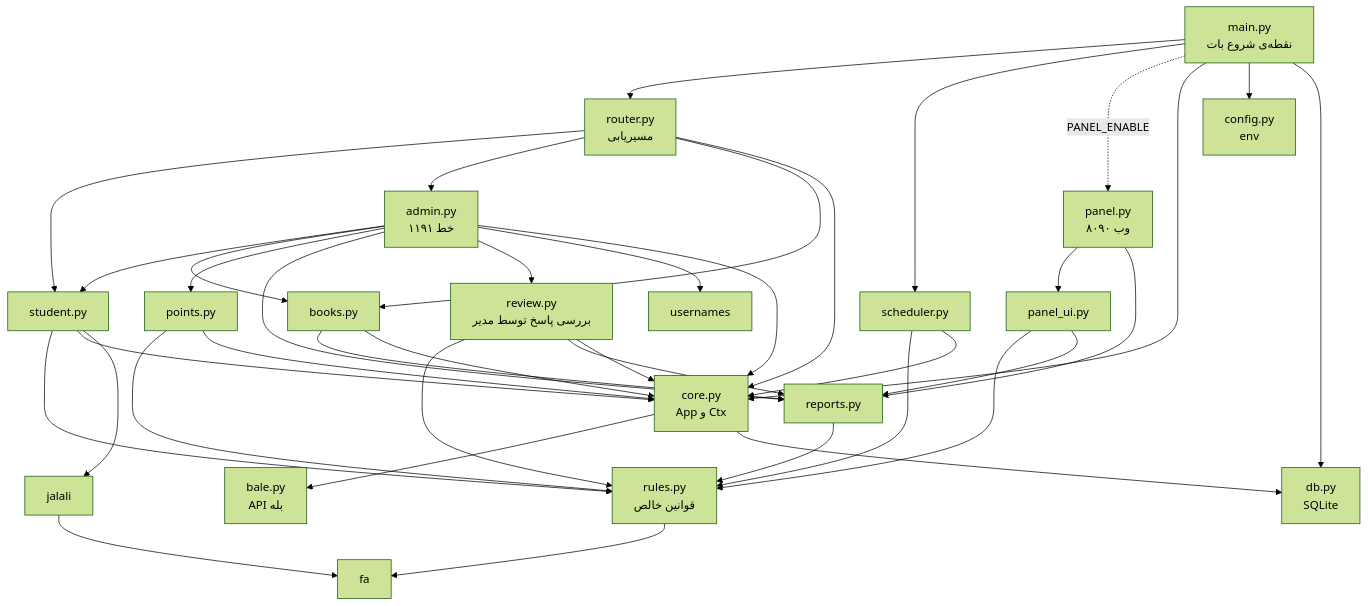
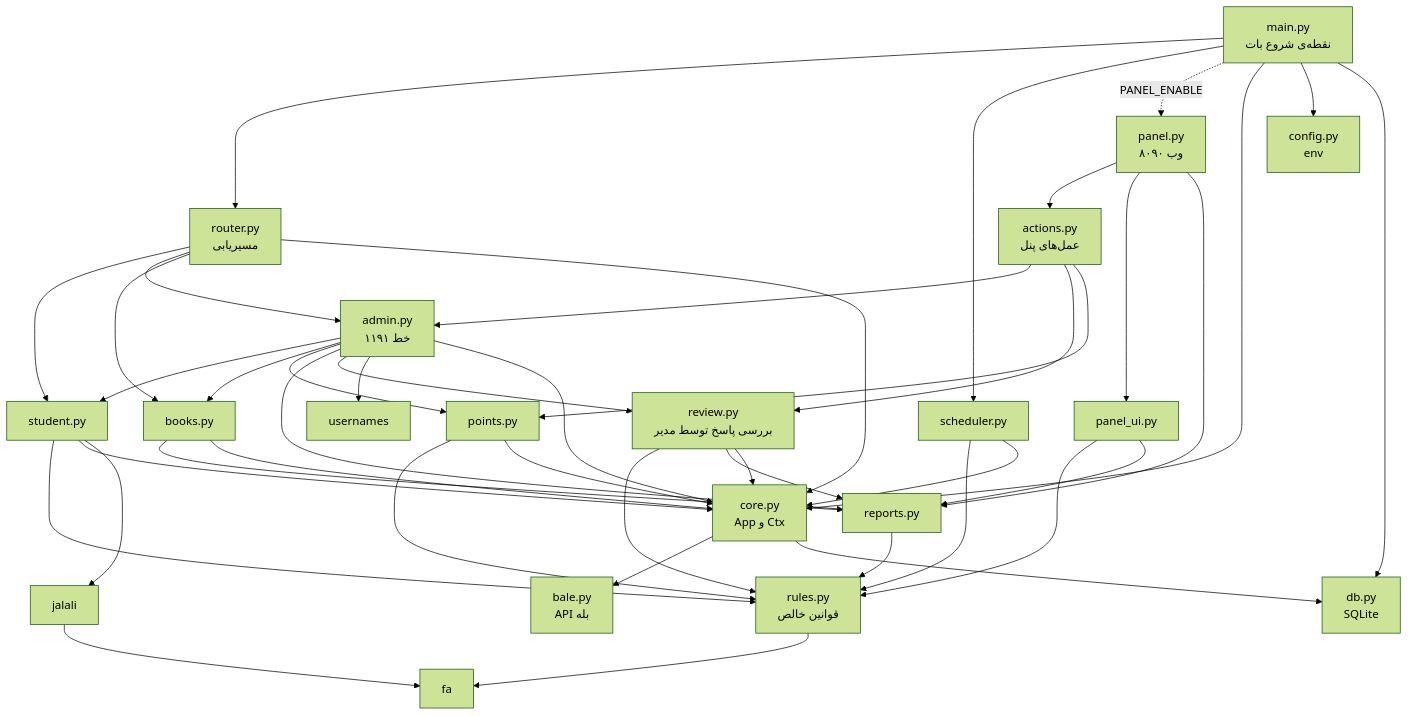
Before and after one commit to amirazizi012/rosh_bot: the first of 2 diagrams in docs/MAP.md, drawn with Mermaid (forest theme). The commit also changed other lines of this file and 15 other files, not shown here.

````diff
--- a/docs/MAP.md
+++ b/docs/MAP.md
@@ -11,45 +11,49 @@
 ```mermaid
 flowchart TD
   main[main.py<br/>نقطه‌ی شروع بات] --> router
   main --> scheduler
   main -.PANEL_ENABLE.-> panel
   router[router.py<br/>مسیریابی] --> student
   router --> admin
   router --> books
   admin[admin.py<br/>۱۱۹۱ خط] --> student
   admin --> books
   admin --> points
   admin --> reports
   admin --> review
+  panel --> actions
+  actions[actions.py<br/>عمل‌های پنل] --> admin
+  actions --> review
+  actions --> points
   review[review.py<br/>بررسی پاسخ توسط مدیر] --> rules
   review --> reports
   review --> core
   admin --> usernames
   student[student.py] --> rules
   books[books.py] --> reports
   points[points.py] --> rules
   scheduler[scheduler.py] --> rules
   reports[reports.py] --> rules
   panel[panel.py<br/>وب ۸۰۹۰] --> panel_ui
   panel --> reports
   panel_ui[panel_ui.py] --> rules
   panel_ui --> reports
   rules[rules.py<br/>قوانین خالص]
   student --> core
   admin --> core
   books --> core
   points --> core
   scheduler --> core
   router --> core
   main --> core
   core[core.py<br/>App و Ctx] --> bale
   core --> db
   main --> config
   main --> db
   rules --> fa
   student --> jalali
   jalali --> fa
   bale[bale.py<br/>API بله]
   db[db.py<br/>SQLite]
   config[config.py<br/>env]
 ```
````
